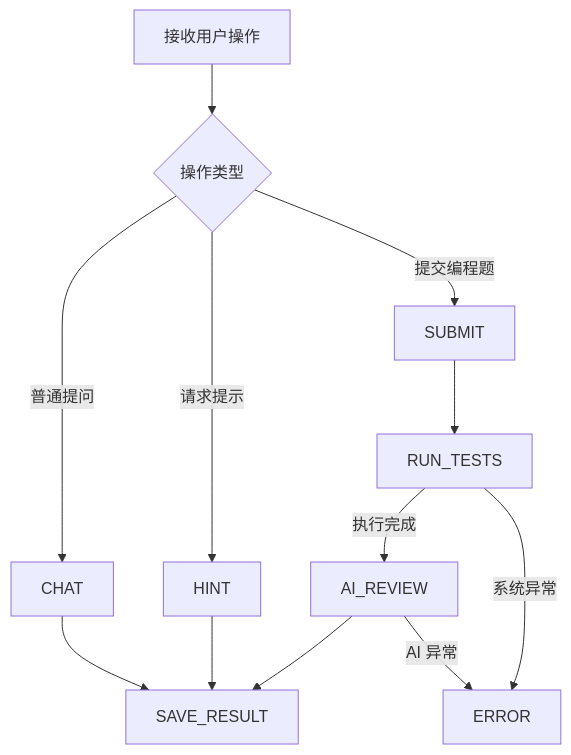
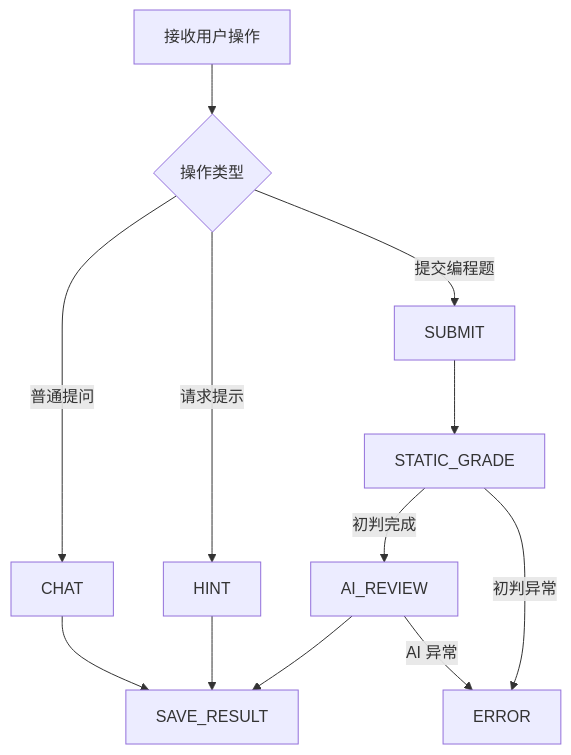
One commit to yuanjingteam/CodeStory changed the diagram in docs/CodeStory_AI助手_V1开发路线.md. Above: the diagram before and after it, drawn with Mermaid. The commit also changed other lines of this file and 5 other files, not shown here.

````diff
--- a/docs/CodeStory_AI助手_V1开发路线.md
+++ b/docs/CodeStory_AI助手_V1开发路线.md
@@ -464,14 +463,14 @@
 ```mermaid
 flowchart TD
     A[接收用户操作] --> B{操作类型}
     B -->|普通提问| C[CHAT]
     B -->|请求提示| D[HINT]
     B -->|提交编程题| E[SUBMIT]
-    E --> F[RUN_TESTS]
-    F -->|执行完成| G[AI_REVIEW]
+    E --> F[STATIC_GRADE]
+    F -->|初判完成| G[AI_REVIEW]
     G --> H[SAVE_RESULT]
     C --> H
     D --> H
-    F -->|系统异常| I[ERROR]
+    F -->|初判异常| I[ERROR]
     G -->|AI 异常| I
 ```
````
